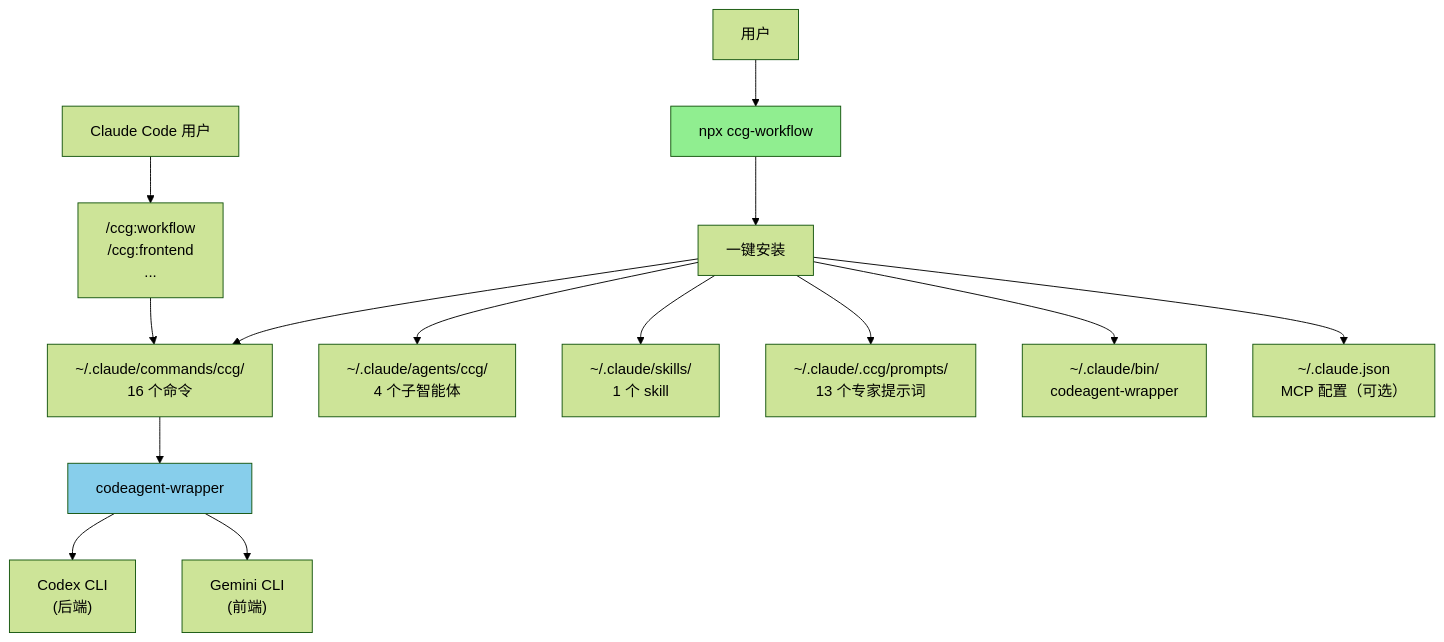
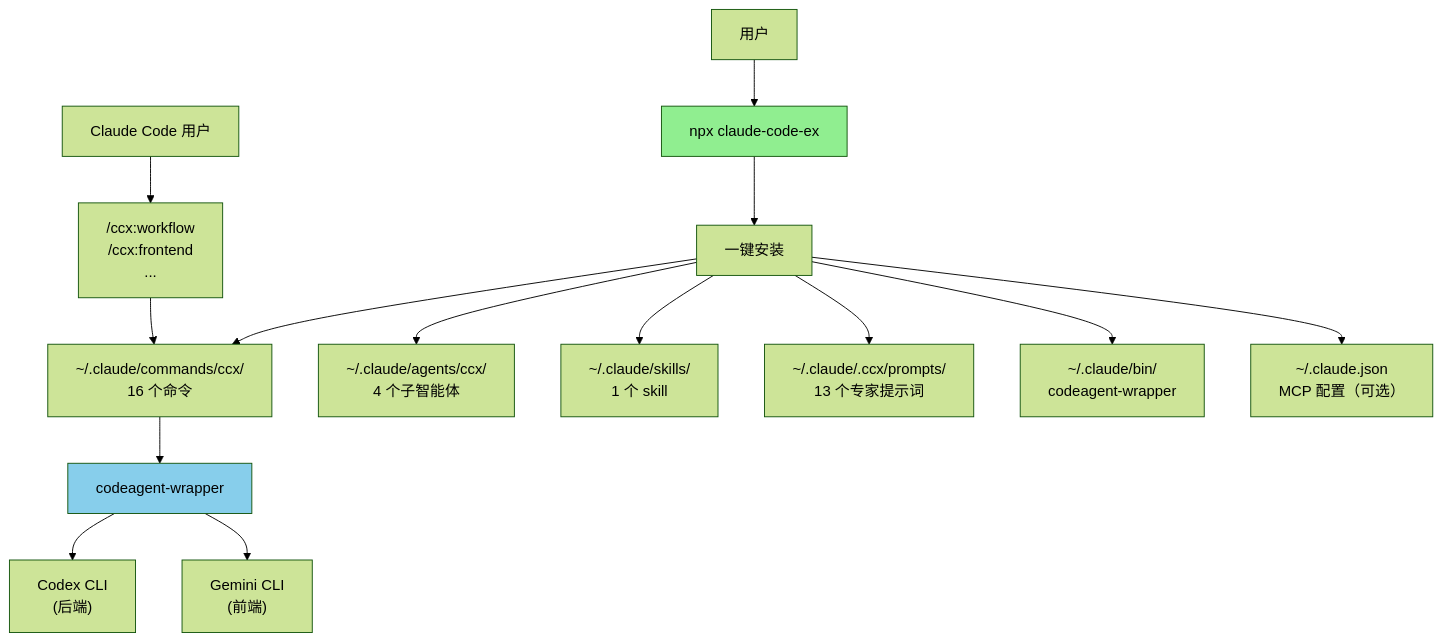
The diagram in CLAUDE.md (peko2r/ccg-workflow), drawn with Mermaid (forest theme) before and after one commit. The commit also changed other lines of this file and 108 other files, not shown here.

````diff
--- a/CLAUDE.md
+++ b/CLAUDE.md
@@ -344,22 +344,22 @@
 ```mermaid
 graph TD
-    User["用户"] --> CLI["npx ccg-workflow"]
+    User["用户"] --> CLI["npx claude-code-ex"]
     CLI --> Init["一键安装"]
     
-    Init --> Commands["~/.claude/commands/ccg/<br/>16 个命令"]
-    Init --> Agents["~/.claude/agents/ccg/<br/>4 个子智能体"]
+    Init --> Commands["~/.claude/commands/ccx/<br/>16 个命令"]
+    Init --> Agents["~/.claude/agents/ccx/<br/>4 个子智能体"]
     Init --> Skills["~/.claude/skills/<br/>1 个 skill"]
-    Init --> Prompts["~/.claude/.ccg/prompts/<br/>13 个专家提示词"]
+    Init --> Prompts["~/.claude/.ccx/prompts/<br/>13 个专家提示词"]
     Init --> Binary["~/.claude/bin/<br/>codeagent-wrapper"]
     Init --> MCP["~/.claude.json<br/>MCP 配置（可选）"]
 
-    User2["Claude Code 用户"] --> SlashCmd["/ccg:workflow<br/>/ccg:frontend<br/>..."]
+    User2["Claude Code 用户"] --> SlashCmd["/ccx:workflow<br/>/ccx:frontend<br/>..."]
     SlashCmd --> Commands
 
     Commands --> Wrapper["codeagent-wrapper"]
     Wrapper --> Codex["Codex CLI<br/>(后端)"]
     Wrapper --> Gemini["Gemini CLI<br/>(前端)"]
 
     style CLI fill:#90EE90
     style Wrapper fill:#87CEEB
 ```
````
